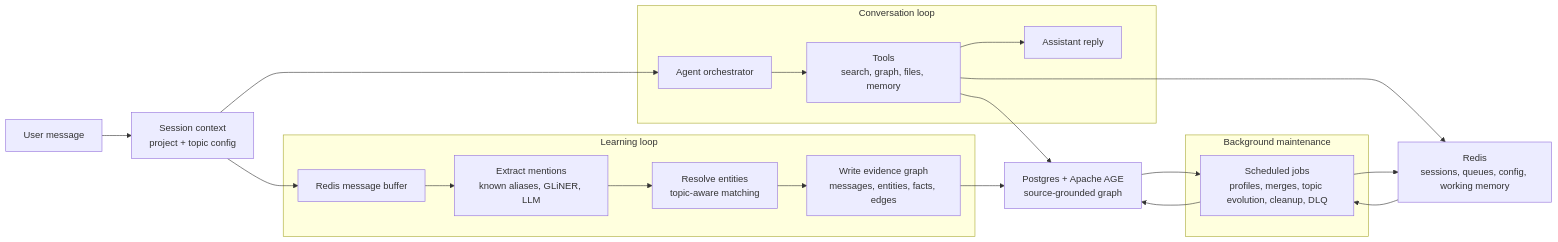
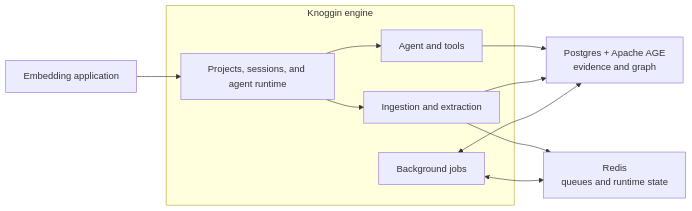
The diagram in README.md (yinka3/knoggin), drawn with Mermaid before and after one commit. The commit also changed other lines of this file and 42 other files, not shown here.

Commit message:
removed topic config and fully support domain config

````diff
--- a/README.md
+++ b/README.md
@@ -42,43 +21,23 @@
 ```mermaid
 flowchart LR
-    User["User message"]
-    Session["Session context<br/>project + topic config"]
+    Client["Embedding application"]
 
-    subgraph Conversation["Conversation loop"]
-        Agent["Agent orchestrator"]
-        Tools["Tools<br/>search, graph, files, memory"]
-        Reply["Assistant reply"]
+    subgraph Engine["Knoggin engine"]
+        Session["Projects, sessions, and agent runtime"]
+        Agent["Agent and tools"]
+        Ingest["Ingestion and extraction"]
+        Jobs["Background jobs"]
     end
 
-    subgraph Learning["Learning loop"]
-        Queue["Redis message buffer"]
-        Extract["Extract mentions<br/>known aliases, GLiNER, LLM"]
-        Resolve["Resolve entities<br/>topic-aware matching"]
-        Write["Write evidence graph<br/>messages, entities, facts, edges"]
-    end
+    Redis["Redis\nqueues and runtime state"]
+    Store["Postgres + Apache AGE\nevidence and graph"]
 
-    subgraph Maintenance["Background maintenance"]
-        Jobs["Scheduled jobs<br/>profiles, merges, topic evolution, cleanup, DLQ"]
-    end
-
-    Store["Postgres + Apache AGE<br/>source-grounded graph"]
-    Redis["Redis<br/>sessions, queues, config, working memory"]
-
-    User --> Session
+    Client --> Session
     Session --> Agent
-    Agent --> Tools
-    Tools --> Store
-    Tools --> Redis
-    Tools --> Reply
-
-    Session --> Queue
-    Queue --> Extract
-    Extract --> Resolve
-    Resolve --> Write
-    Write --> Store
-
-    Store --> Jobs
-    Redis --> Jobs
-    Jobs --> Store
-    Jobs --> Redis
+    Session --> Ingest
+    Agent --> Store
+    Ingest --> Store
+    Ingest --> Redis
+    Jobs <--> Store
+    Jobs <--> Redis
 ```
````
